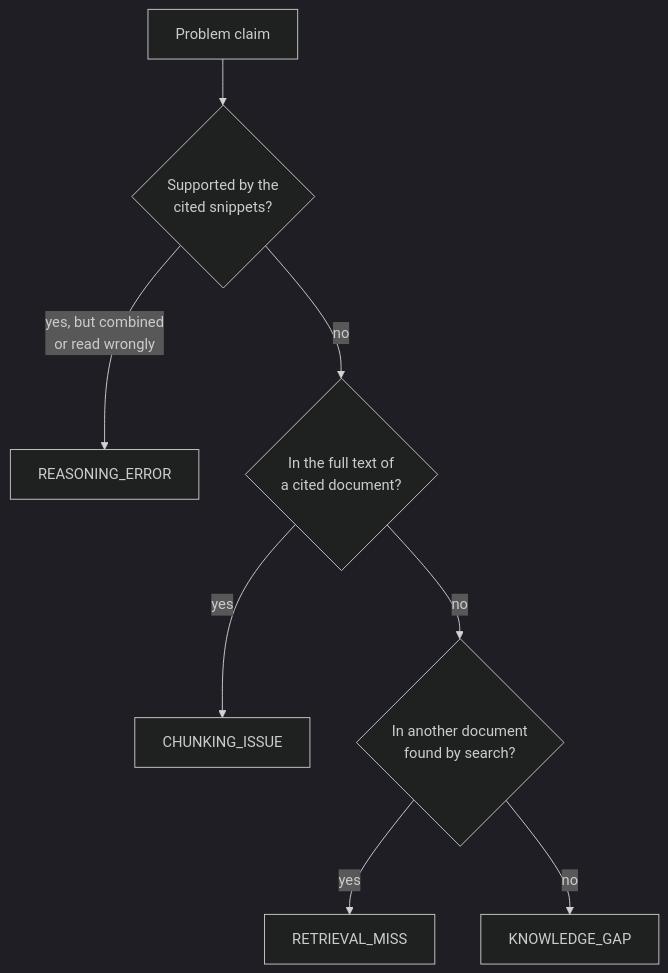
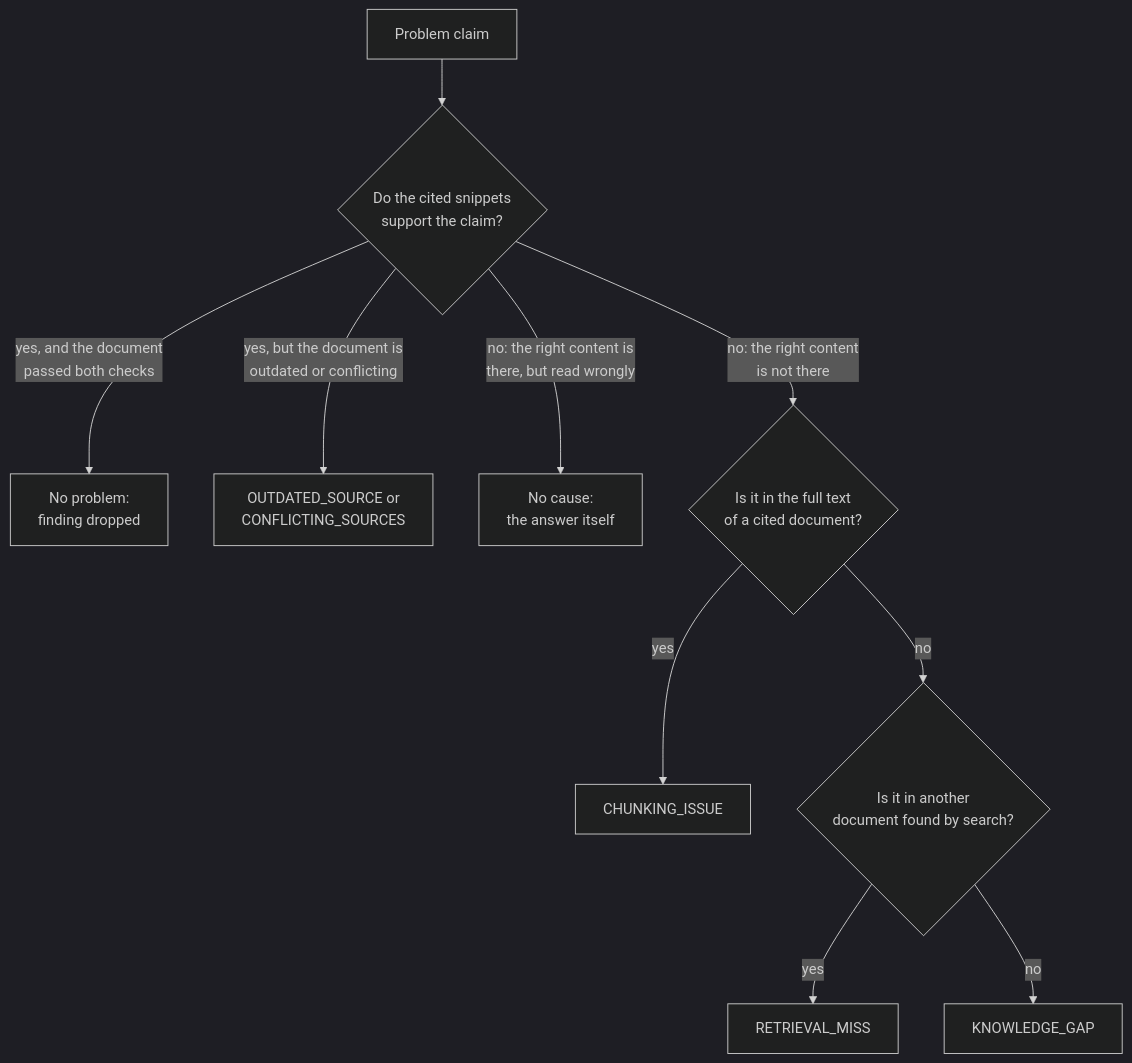
Before and after one commit to pborkowski-rtbh/conversation-analyzer: the seventh of 9 diagrams in design-doc.md, drawn with Mermaid (dark theme). The commit also changed other lines of this file, not shown here.

````diff
--- a/design-doc.md
+++ b/design-doc.md
@@ -616,10 +643,12 @@
 ```mermaid
 flowchart TD
-    A["Problem claim"] --> B{"Supported by the<br/>cited snippets?"}
-    B -->|"yes, but combined<br/>or read wrongly"| R["REASONING_ERROR"]
-    B -->|"no"| C{"In the full text of<br/>a cited document?"}
+    A["Problem claim"] --> B{"Do the cited snippets<br/>support the claim?"}
+    B -->|"yes, and the document<br/>passed both checks"| OK["No problem:<br/>finding dropped"]
+    B -->|"yes, but the document is<br/>outdated or conflicting"| OS["OUTDATED_SOURCE or<br/>CONFLICTING_SOURCES"]
+    B -->|"no: the right content is<br/>there, but read wrongly"| AN["No cause:<br/>the answer itself"]
+    B -->|"no: the right content<br/>is not there"| C{"Is it in the full text<br/>of a cited document?"}
     C -->|"yes"| CH["CHUNKING_ISSUE"]
-    C -->|"no"| D{"In another document<br/>found by search?"}
+    C -->|"no"| D{"Is it in another<br/>document found by search?"}
     D -->|"yes"| RM["RETRIEVAL_MISS"]
     D -->|"no"| KG["KNOWLEDGE_GAP"]
 ```
````
